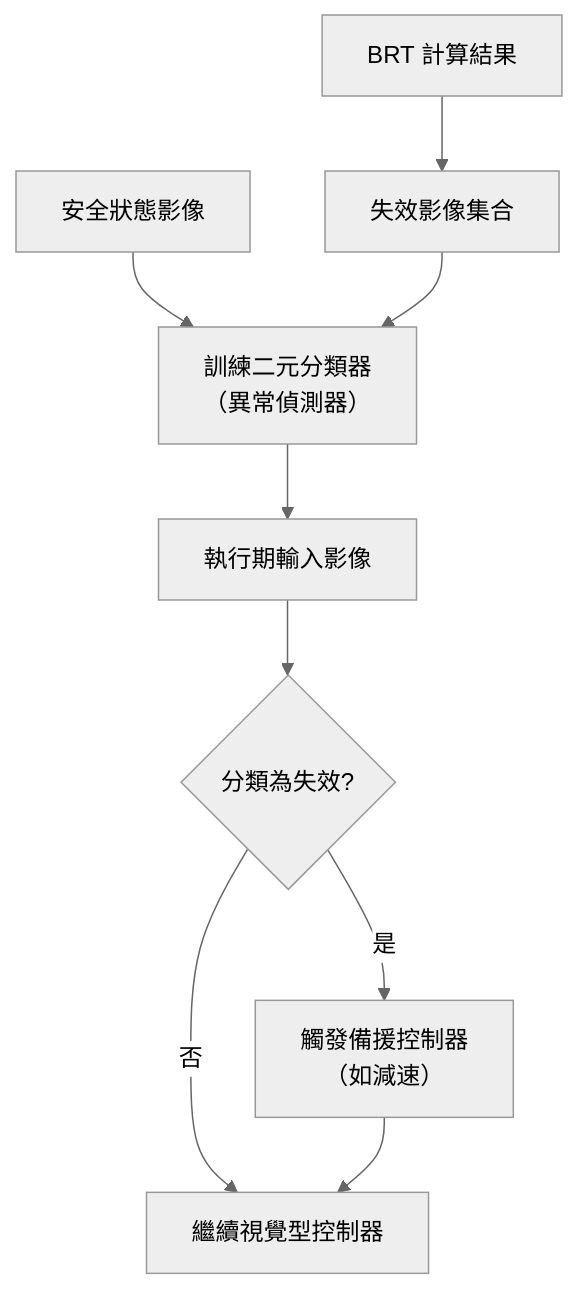
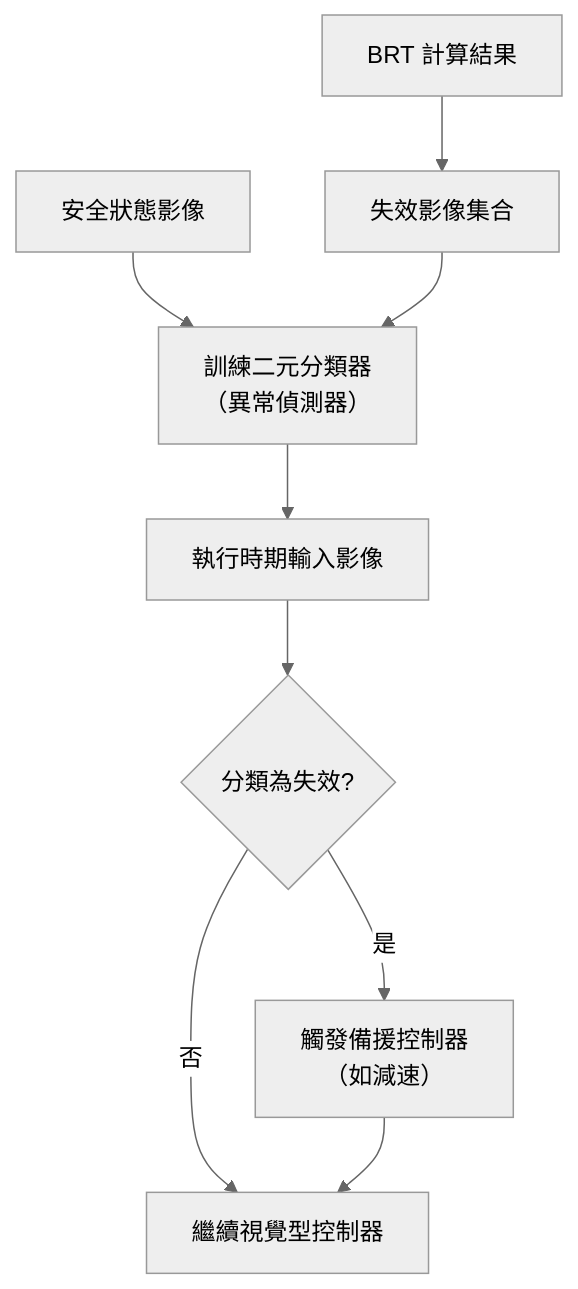
One commit to wizardhsiehcom/book changed the fifth of 7 diagrams in docs/aa228-safety-critical-systems/16-guest-bansal.md. Above: the diagram before and after it, drawn with Mermaid (neutral theme). The commit also changed other lines of this file and 84 other files, not shown here.

````diff
--- a/docs/aa228-safety-critical-systems/16-guest-bansal.md
+++ b/docs/aa228-safety-critical-systems/16-guest-bansal.md
@@ -197,11 +199,11 @@
 ```mermaid
 flowchart TD
     BRT3["BRT 計算結果"] --> FI["失效影像集合"]
     Safe["安全狀態影像"] --> BC["訓練二元分類器<br/>（異常偵測器）"]
     FI --> BC
-    BC --> Runtime["執行期輸入影像"]
+    BC --> Runtime["執行時期輸入影像"]
     Runtime --> Check{"分類為失效?"}
     Check -- "是" --> Fallback["觸發備援控制器<br/>（如減速）"]
     Check -- "否" --> Continue["繼續視覺型控制器"]
     Fallback --> Continue
 ```
````
